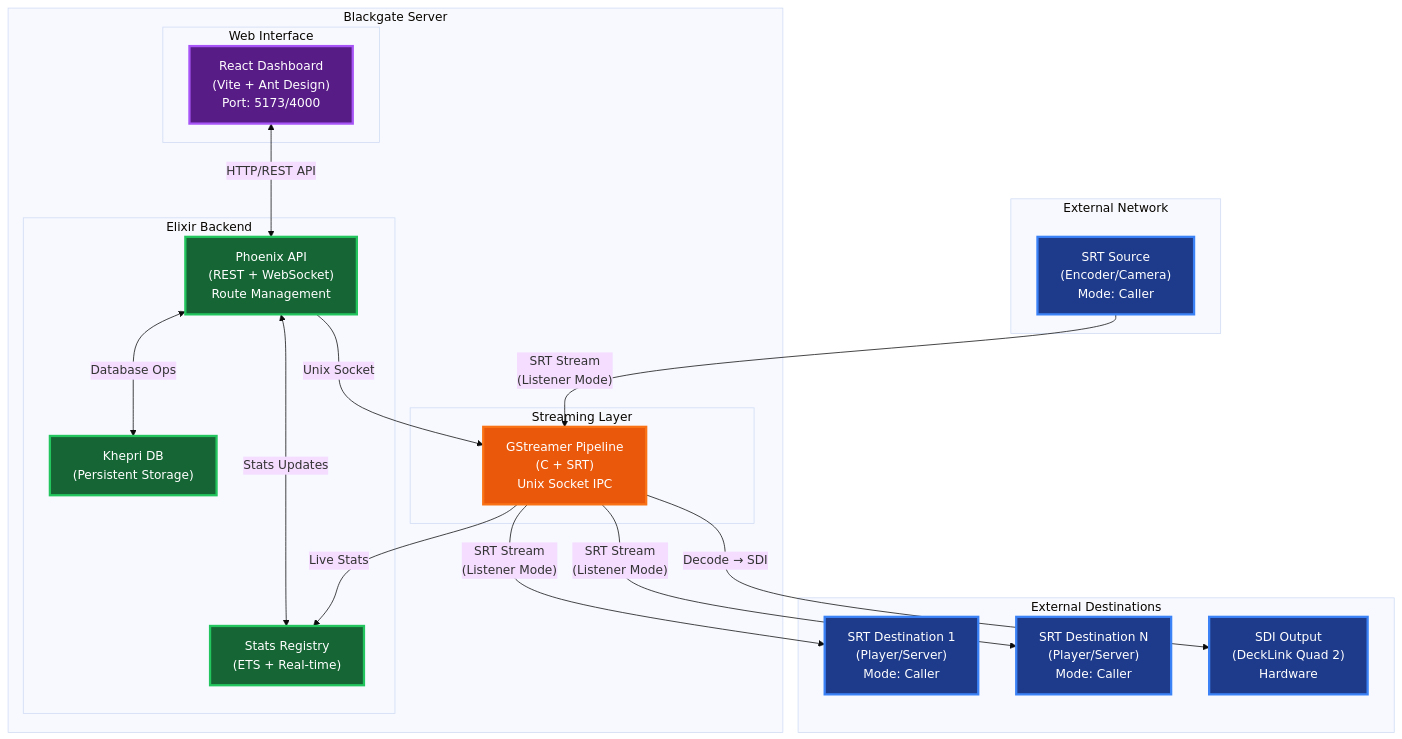
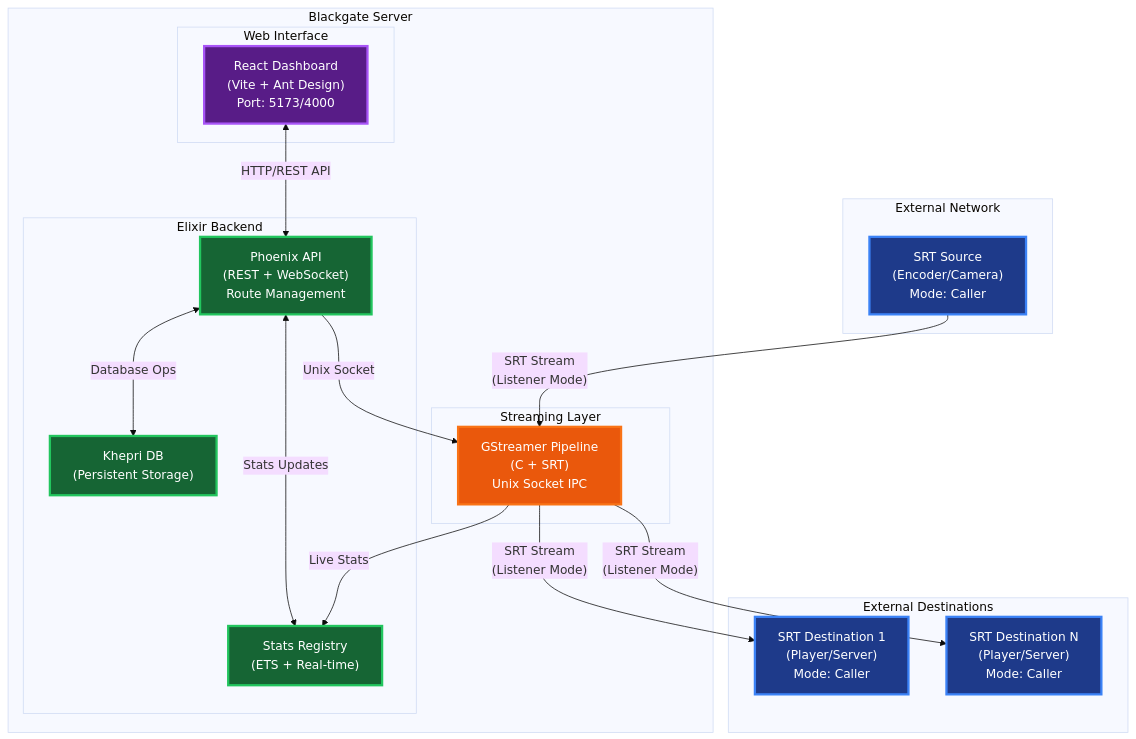
The first of 4 diagrams in README.md (visual-alchemy/blackgate-project), drawn with Mermaid (base theme) before and after one commit. The commit also changed other lines of this file and 72 other files, not shown here.

First line of the commit message:
feat!: remove SDI output — Blackgate Lite product line

````diff
--- a/README.md
+++ b/README.md
@@ -100,49 +89,47 @@
 ```mermaid
 graph TB
     subgraph "External Network"
         A["SRT Source<br/>(Encoder/Camera)<br/>Mode: Caller"]
     end
     
     subgraph "Blackgate Server"
         subgraph "Web Interface"
             B["React Dashboard<br/>(Vite + Ant Design)<br/>Port: 5173/4000"]
         end
         
         subgraph "Elixir Backend"
             C["Phoenix API<br/>(REST + WebSocket)<br/>Route Management"]
             D["Stats Registry<br/>(ETS + Real-time)"]
             E["Khepri DB<br/>(Persistent Storage)"]
         end
         
         subgraph "Streaming Layer"
             F["GStreamer Pipeline<br/>(C + SRT)<br/>Unix Socket IPC"]
         end
     end
     
     subgraph "External Destinations"
         G["SRT Destination 1<br/>(Player/Server)<br/>Mode: Caller"]
         H["SRT Destination N<br/>(Player/Server)<br/>Mode: Caller"]
-        I["SDI Output<br/>(DeckLink Quad 2)<br/>Hardware"]
     end
     
     A -->|"SRT Stream<br/>(Listener Mode)"| F
     F -->|"SRT Stream<br/>(Listener Mode)"| G
     F -->|"SRT Stream<br/>(Listener Mode)"| H
-    F -->|"Decode → SDI"| I
     
     B <-->|"HTTP/REST API"| C
     C <-->|"Database Ops"| E
     C <-->|"Stats Updates"| D
     C -->|"Unix Socket"| F
     F -->|"Live Stats"| D
     
     classDef external fill:#1e3a8a,stroke:#3b82f6,stroke-width:3px,color:#ffffff
     classDef ui fill:#581c87,stroke:#a855f7,stroke-width:3px,color:#ffffff
     classDef backend fill:#166534,stroke:#22c55e,stroke-width:3px,color:#ffffff
     classDef streaming fill:#ea580c,stroke:#f97316,stroke-width:3px,color:#ffffff
     
-    class A,G,H,I external
+    class A,G,H external
     class B ui
     class C,D,E backend
     class F streaming
 ```
````
